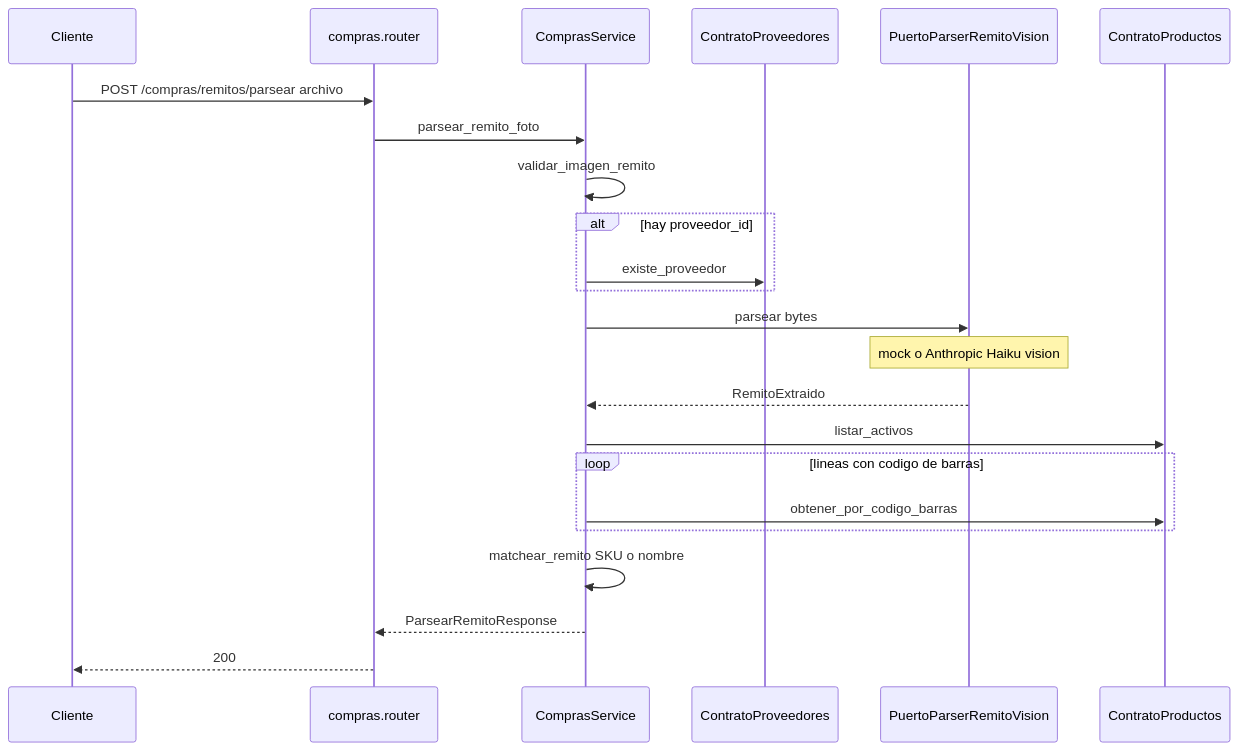
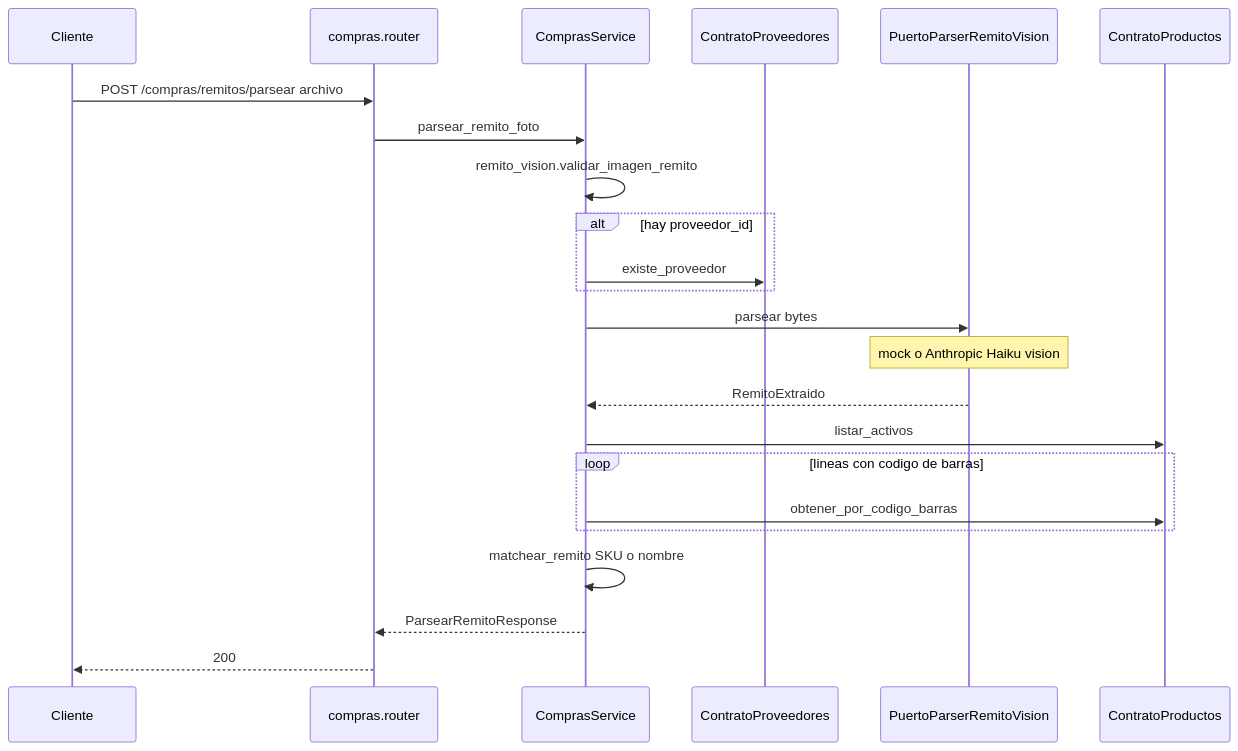
The second of 2 diagrams in docs/diagramas/compras.md (estsan3/ventas360-api), drawn with Mermaid before and after one commit. The commit also changed other lines of this file and 21 other files, not shown here.

First line of the commit message:
docs: re-sincronizar diagramas de secuencia por módulo (2026-11-11)

````diff
--- a/docs/diagramas/compras.md
+++ b/docs/diagramas/compras.md
@@ -154,26 +163,26 @@
 ```mermaid
 sequenceDiagram
     participant Cliente
     participant Router as compras.router
     participant Service as ComprasService
     participant Prov as ContratoProveedores
     participant Parser as PuertoParserRemitoVision
     participant Prod as ContratoProductos
 
     Cliente->>Router: POST /compras/remitos/parsear archivo
     Router->>Service: parsear_remito_foto
-    Service->>Service: validar_imagen_remito
+    Service->>Service: remito_vision.validar_imagen_remito
     alt hay proveedor_id
         Service->>Prov: existe_proveedor
     end
     Service->>Parser: parsear bytes
     Note over Parser: mock o Anthropic Haiku vision
     Parser-->>Service: RemitoExtraido
     Service->>Prod: listar_activos
     loop lineas con codigo de barras
         Service->>Prod: obtener_por_codigo_barras
     end
     Service->>Service: matchear_remito SKU o nombre
     Service-->>Router: ParsearRemitoResponse
     Router-->>Cliente: 200
 ```
````
